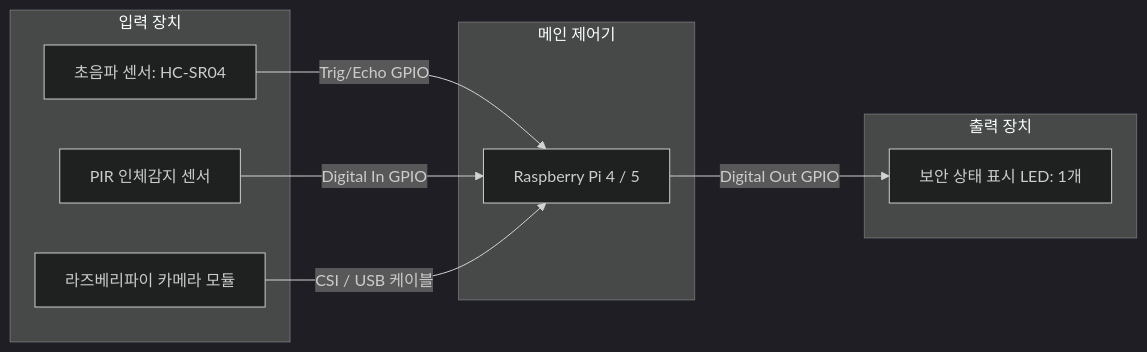
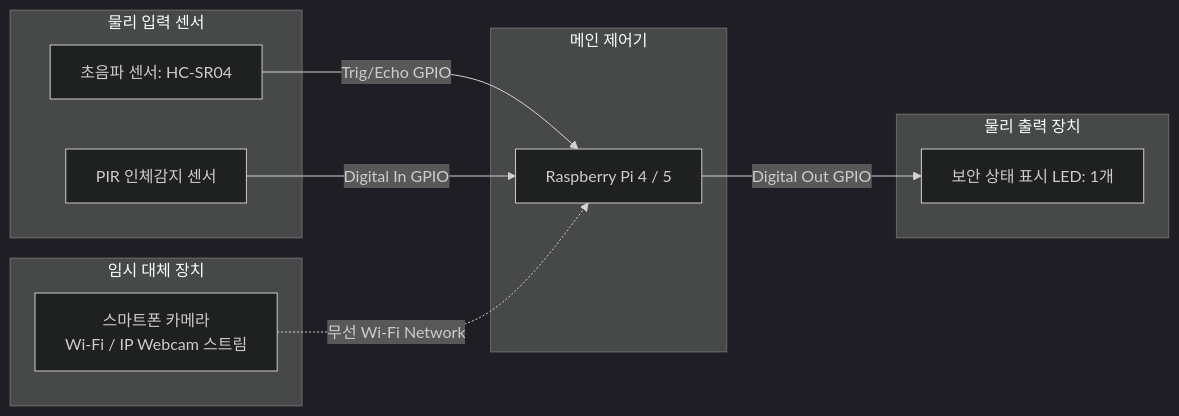
Before and after one commit to Schro2109/MarkDownPractice: the first of 2 diagrams in system.md, drawn with Mermaid (dark theme). The commit also changed other lines of this file and 2 other files, not shown here.

````diff
--- a/system.md
+++ b/system.md
@@ -9,22 +9,25 @@
 ```mermaid
 graph LR
-    subgraph INPUT_DEVICES [입력 장치]
+    subgraph INPUT_DEVICES [물리 입력 센서]
         HC_SR04[초음파 센서: HC-SR04]
         PIR[PIR 인체감지 센서]
-        CAM[라즈베리파이 카메라 모듈]
+    end
+
+    subgraph PROTOTYPE_DEV [임시 대체 장치]
+        SMARTPHONE[스마트폰 카메라<br>Wi-Fi / IP Webcam 스트림]
     end
 
     subgraph CONTROLLER [메인 제어기]
         RPi[Raspberry Pi 4 / 5]
     end
 
-    subgraph OUTPUT_DEVICES [출력 장치]
+    subgraph OUTPUT_DEVICES [물리 출력 장치]
         LED[보안 상태 표시 LED: 1개]
     end
 
     %% 연결 관계
     HC_SR04 -- Trig/Echo GPIO --> RPi
     PIR -- Digital In GPIO --> RPi
-    CAM -- CSI / USB 케이블 --> RPi
+    SMARTPHONE -. 무선 Wi-Fi Network .-> RPi
     RPi -- Digital Out GPIO --> LED
 ```
````
